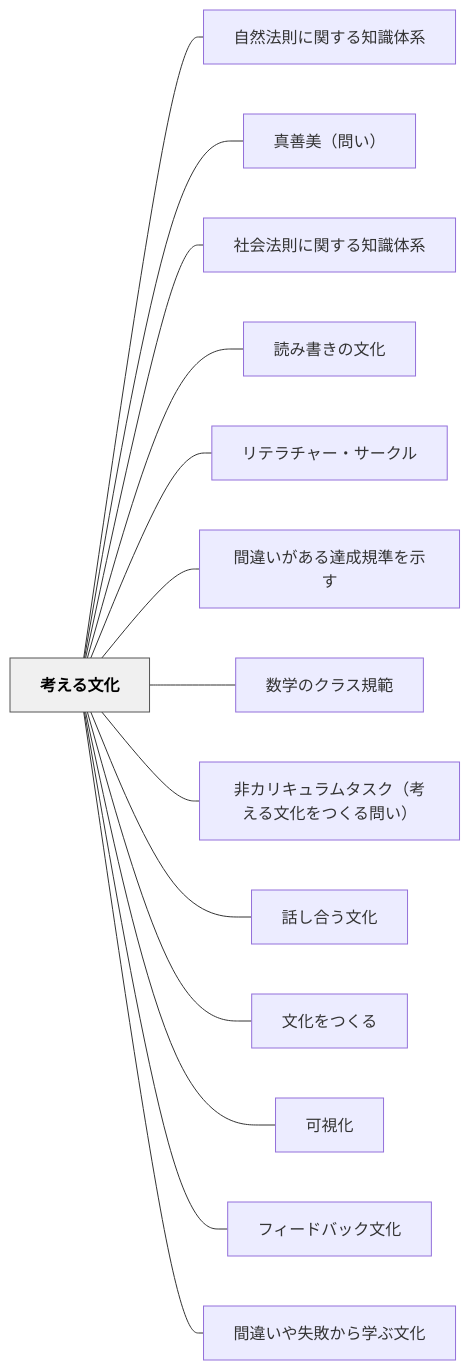
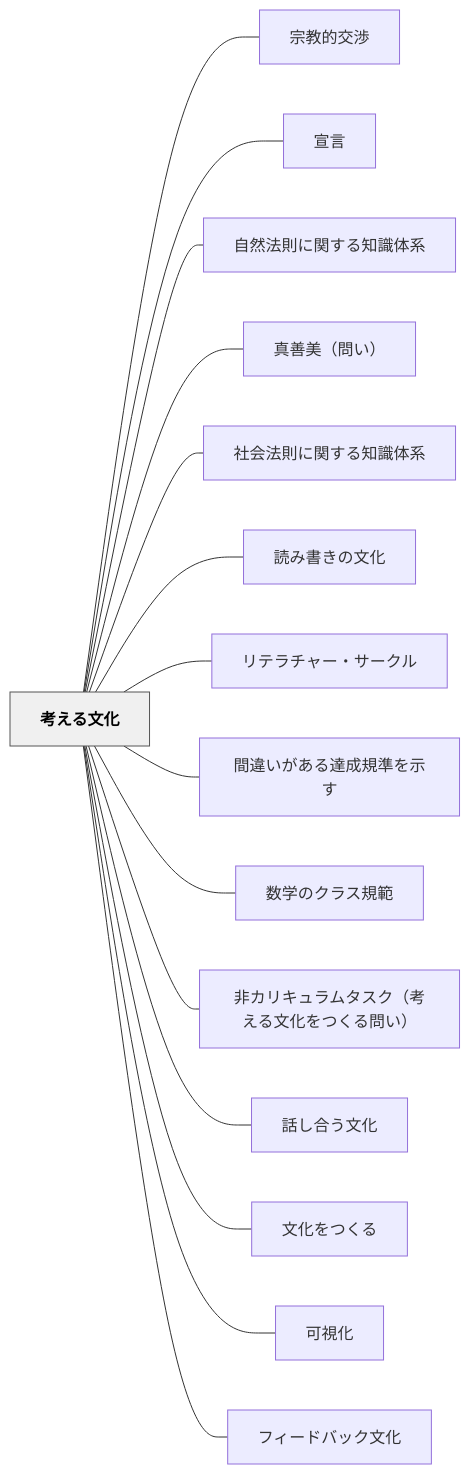
The diagram in content/パタン/考える文化.md (unknownthings-ed-patterns/unknownthings-ed-patterns), drawn with Mermaid before and after one commit. The commit also changed other lines of this file and 38 other files, not shown here.

````diff
--- a/content/パタン/考える文化.md
+++ b/content/パタン/考える文化.md
@@ -89,34 +91,36 @@
 ```mermaid
 flowchart LR
     ne88083e38188e3828be69687e58c96["考える文化"]
+    ne5ae97e69599e79a84e4baa4e6b889["宗教的交渉"]
+    ne5aea3e8a880["宣言"]
     ne887aae784b6e6b395e58987e381abe996a2e38199e3828be79fa5e8ad98e4bd93e7b3bb["自然法則に関する知識体系"]
     ne79c9fe59684e7be8eefbc88e5958fe38184efbc89["真善美（問い）"]
     ne7a4bee4bc9ae6b395e58987e381abe996a2e38199e3828be79fa5e8ad98e4bd93e7b3bb["社会法則に関する知識体系"]
     ne8aaade381bfe69bb8e3818de381aee69687e58c96["読み書きの文化"]
     ne383aae38386e383a9e38381e383a3e383bce383bbe382b5e383bce382afe383ab["リテラチャー・サークル"]
     ne99693e98195e38184e3818ce38182e3828be98194e68890e8a68fe6ba96e38292e7a4bae38199["間違いがある達成規準を示す"]
     ne695b0e5ada6e381aee382afe383a9e382b9e8a68fe7af84["数学のクラス規範"]
     ne99d9ee382abe383aae382ade383a5e383a9e383a0e382bfe382b9e382afefbc88e88083e38188e3828be69687e58c96e38292e381a4e3818fe3828be5958fe38184efbc89["非カリキュラムタスク（考える文化をつくる問い）"]
     ne8a9b1e38197e59088e38186e69687e58c96["話し合う文化"]
     ne69687e58c96e38292e381a4e3818fe3828b["文化をつくる"]
     ne58fafe8a696e58c96["可視化"]
     ne38395e382a3e383bce38389e38390e38383e382afe69687e58c96["フィードバック文化"]
-    ne99693e98195e38184e38284e5a4b1e69597e3818be38289e5ada6e381b6e69687e58c96["間違いや失敗から学ぶ文化"]
 
+    ne88083e38188e3828be69687e58c96 --- ne5ae97e69599e79a84e4baa4e6b889
+    ne88083e38188e3828be69687e58c96 --- ne5aea3e8a880
     ne88083e38188e3828be69687e58c96 --- ne887aae784b6e6b395e58987e381abe996a2e38199e3828be79fa5e8ad98e4bd93e7b3bb
     ne88083e38188e3828be69687e58c96 --- ne79c9fe59684e7be8eefbc88e5958fe38184efbc89
     ne88083e38188e3828be69687e58c96 --- ne7a4bee4bc9ae6b395e58987e381abe996a2e38199e3828be79fa5e8ad98e4bd93e7b3bb
     ne88083e38188e3828be69687e58c96 --- ne8aaade381bfe69bb8e3818de381aee69687e58c96
     ne88083e38188e3828be69687e58c96 --- ne383aae38386e383a9e38381e383a3e383bce383bbe382b5e383bce382afe383ab
     ne88083e38188e3828be69687e58c96 --- ne99693e98195e38184e3818ce38182e3828be98194e68890e8a68fe6ba96e38292e7a4bae38199
     ne88083e38188e3828be69687e58c96 --- ne695b0e5ada6e381aee382afe383a9e382b9e8a68fe7af84
     ne88083e38188e3828be69687e58c96 --- ne99d9ee382abe383aae382ade383a5e383a9e383a0e382bfe382b9e382afefbc88e88083e38188e3828be69687e58c96e38292e381a4e3818fe3828be5958fe38184efbc89
     ne88083e38188e3828be69687e58c96 --- ne8a9b1e38197e59088e38186e69687e58c96
     ne88083e38188e3828be69687e58c96 --- ne69687e58c96e38292e381a4e3818fe3828b
     ne88083e38188e3828be69687e58c96 --- ne58fafe8a696e58c96
     ne88083e38188e3828be69687e58c96 --- ne38395e382a3e383bce38389e38390e38383e382afe69687e58c96
-    ne88083e38188e3828be69687e58c96 --- ne99693e98195e38184e38284e5a4b1e69597e3818be38289e5ada6e381b6e69687e58c96
 
     classDef hub fill:#f0f0f0,stroke:#555,color:#000,font-weight:bold
     class ne88083e38188e3828be69687e58c96 hub
 ```
````
